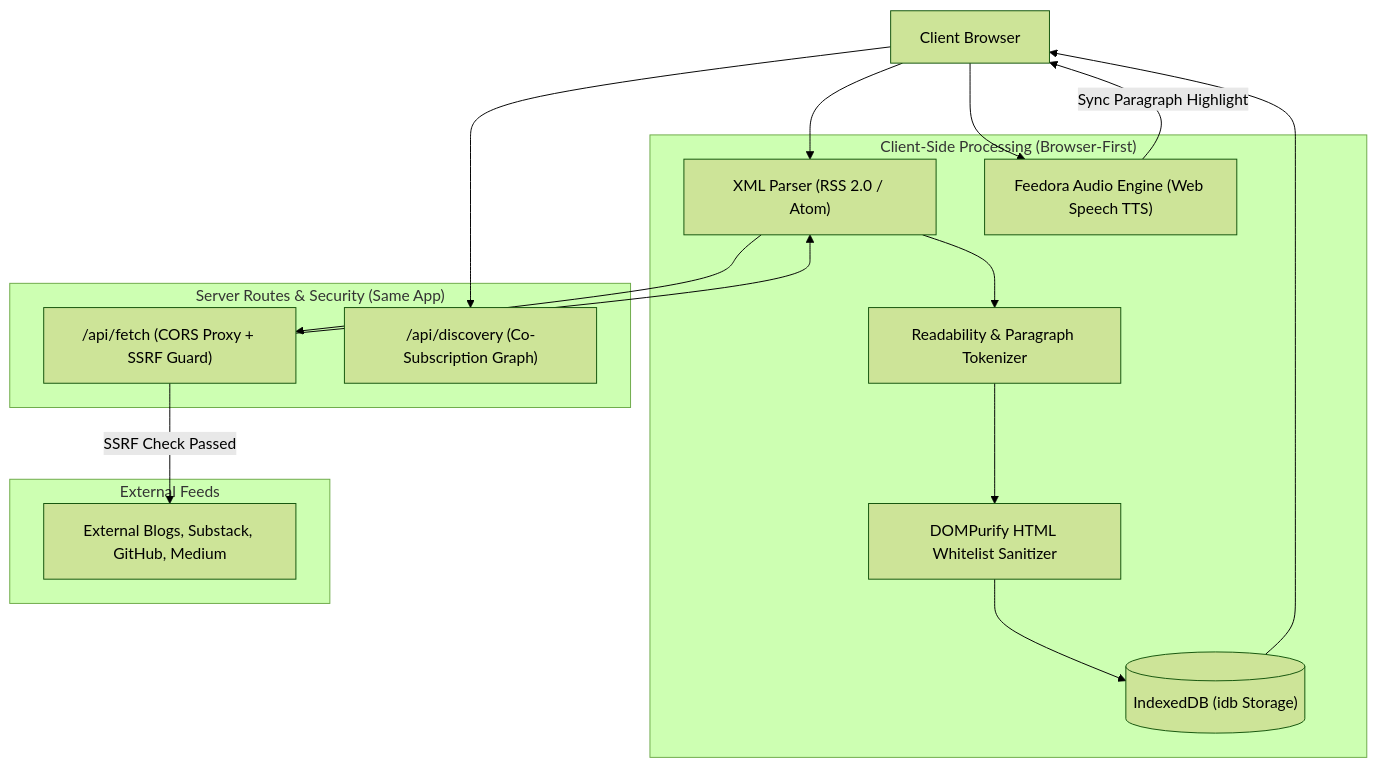
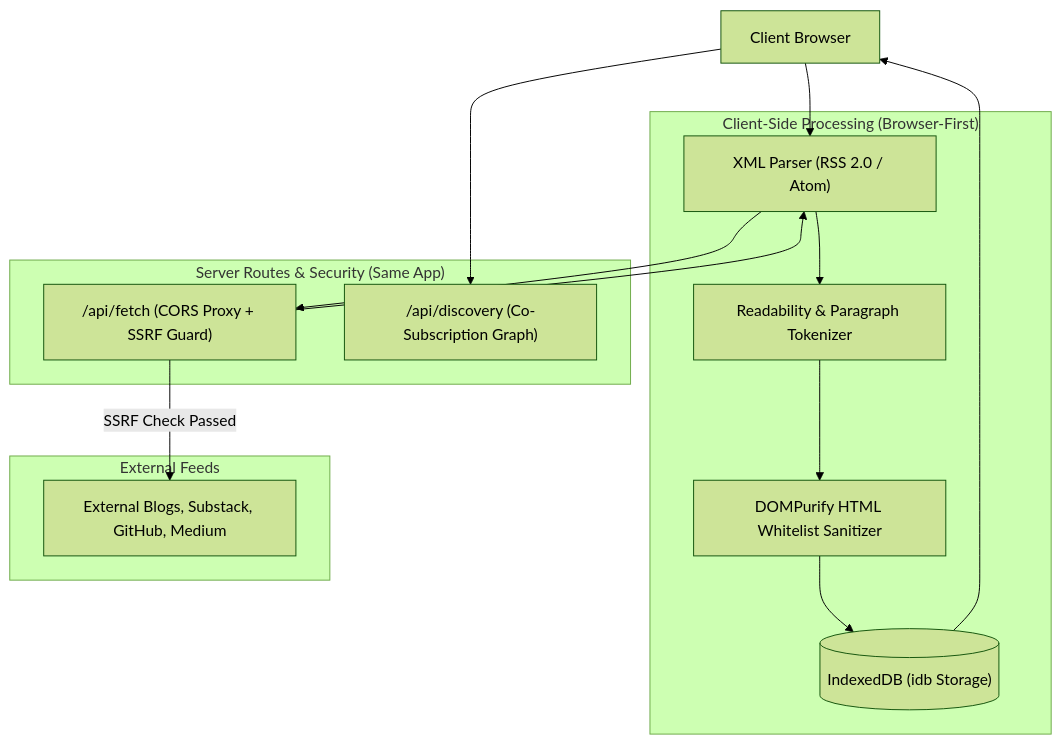
One commit to priyamkumar/PECDeploy changed the diagram in README.md. Above: the diagram before and after it, drawn with Mermaid (forest theme). The commit also changed other lines of this file and 24 other files, not shown here.

````diff
--- a/README.md
+++ b/README.md
@@ -14,33 +14,30 @@
 ```mermaid
 flowchart TD
     User["Client Browser"]
 
     subgraph ClientEngine["Client-Side Processing (Browser-First)"]
         Parser["XML Parser (RSS 2.0 / Atom)"]
         Readability["Readability & Paragraph Tokenizer"]
         Sanitizer["DOMPurify HTML Whitelist Sanitizer"]
         IDB[("IndexedDB (idb Storage)")]
-        Audio["Feedora Audio Engine (Web Speech TTS)"]
     end
 
     subgraph ServerlessRoutes["Server Routes & Security (Same App)"]
         CORSProxy["/api/fetch (CORS Proxy + SSRF Guard)"]
         Discovery["/api/discovery (Co-Subscription Graph)"]
     end
 
     subgraph UpstreamWeb["External Feeds"]
         WebFeeds["External Blogs, Substack, GitHub, Medium"]
     end
 
-    User --> Audio
     User --> Parser
     Parser --> CORSProxy
     CORSProxy -->|SSRF Check Passed| WebFeeds
     CORSProxy --> Parser
     Parser --> Readability
     Readability --> Sanitizer
     Sanitizer --> IDB
     IDB --> User
-    Audio -->|Sync Paragraph Highlight| User
     User --> Discovery
 ```
````
